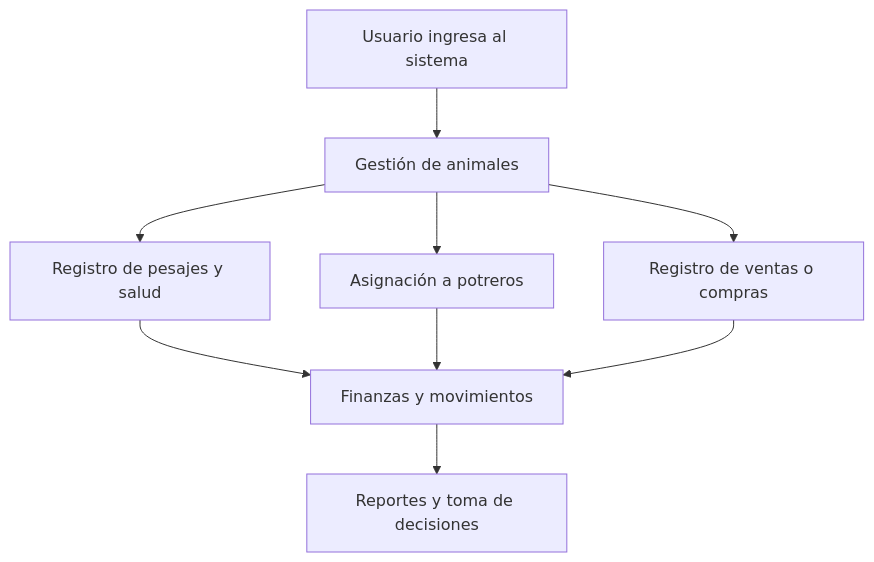
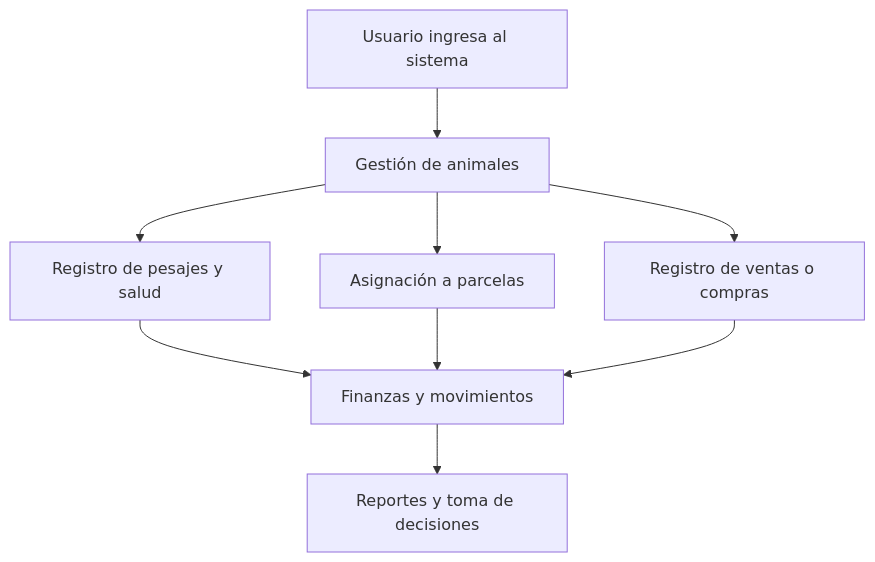
Before and after one commit to LautaroDurann/SistemaDisenioGanaderia: the diagram in docs/analisis_sistema_ganaderia.md, drawn with Mermaid. The commit also changed other lines of this file and 24 other files, not shown here.

````diff
--- a/docs/analisis_sistema_ganaderia.md
+++ b/docs/analisis_sistema_ganaderia.md
@@ -85,11 +85,11 @@
 ```mermaid
 flowchart TD
     A[Usuario ingresa al sistema] --> B[Gestión de animales]
     B --> C[Registro de pesajes y salud]
-    B --> D[Asignación a potreros]
+    B --> D[Asignación a parcelas]
     B --> E[Registro de ventas o compras]
     C --> F[Finanzas y movimientos]
     D --> F
     E --> F
     F --> G[Reportes y toma de decisiones]
 ```
````
